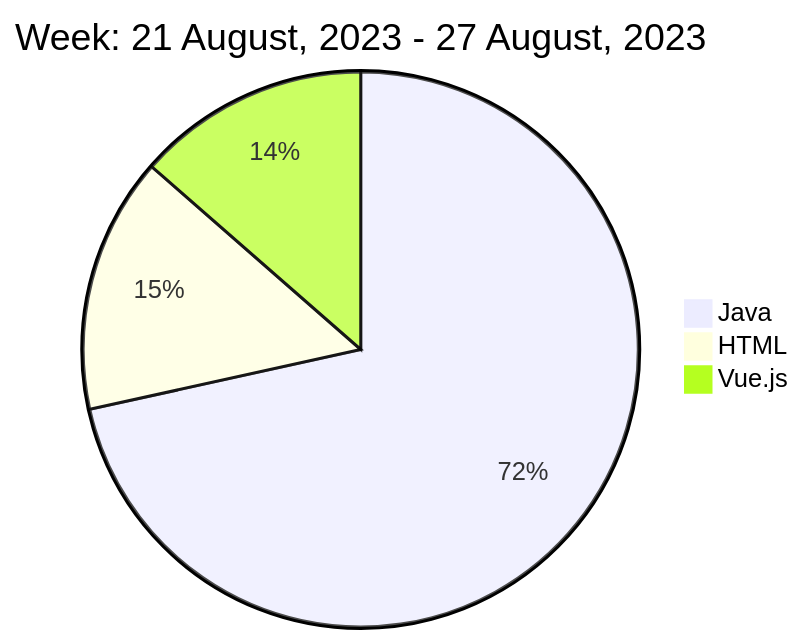
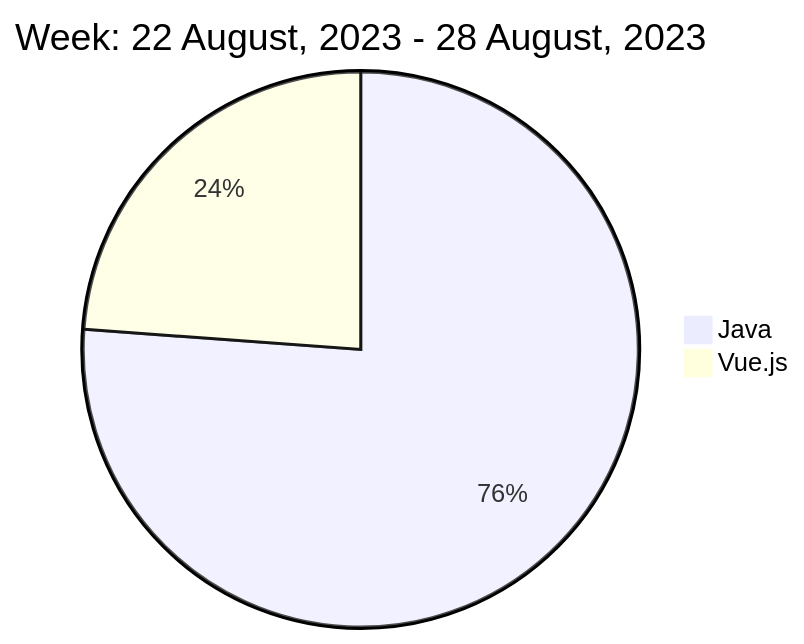
The diagram in README.md (liubin95/liubin95), drawn with Mermaid before and after one commit.

Commit message:
Updated the Graph with new Metrics

````diff
--- a/README.md
+++ b/README.md
@@ -40,7 +40,6 @@
 ```mermaid
  pie
-title Week: 21 August, 2023 - 27 August, 2023
- "Java" : 8.02
- "HTML" : 1.67
- "Vue.js" : 1.52
+title Week: 22 August, 2023 - 28 August, 2023
+ "Java" : 7.03
+ "Vue.js" : 2.2
 ```
````
